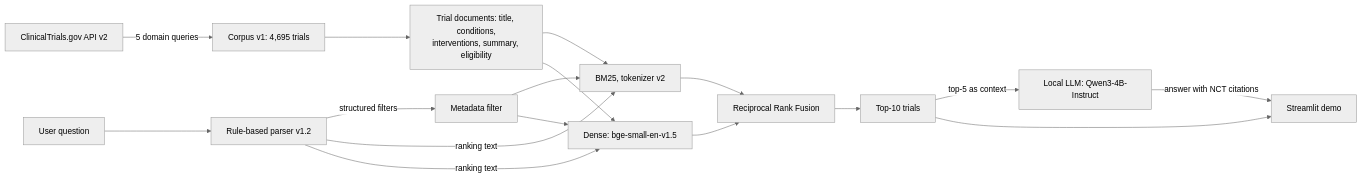
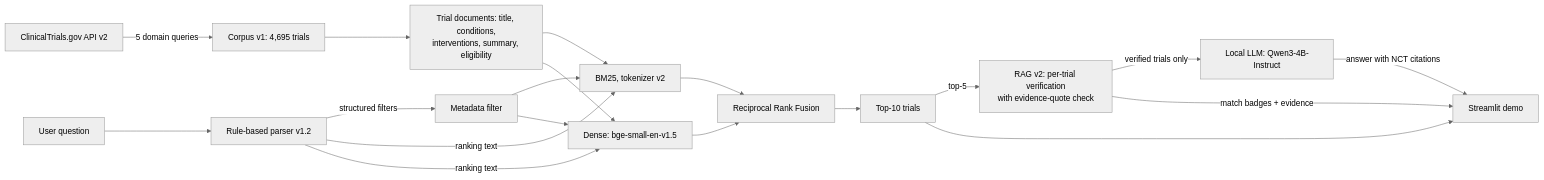
One commit to Taiba24312/Clinical-Research-Intelligence changed the diagram in README.md. Above: the diagram before and after it, drawn with Mermaid (neutral theme). The commit also changed other lines of this file, not shown here.

First line of the commit message:
README: RAG v2, test-used-once note, known test failures as future work

````diff
--- a/README.md
+++ b/README.md
@@ -26,19 +28,21 @@
 ```mermaid
 flowchart LR
     A[ClinicalTrials.gov API v2] -->|5 domain queries| B[Corpus v1: 4,695 trials]
     B --> C[Trial documents: title, conditions,<br/>interventions, summary, eligibility]
     Q[User question] --> P[Rule-based parser v1.2]
     P -->|structured filters| F[Metadata filter]
     P -->|ranking text| R1[BM25, tokenizer v2]
     P -->|ranking text| R2[Dense: bge-small-en-v1.5]
     C --> R1
     C --> R2
     F --> R1
     F --> R2
     R1 --> H[Reciprocal Rank Fusion]
     R2 --> H
     H --> T[Top-10 trials]
-    T -->|top-5 as context| L[Local LLM: Qwen3-4B-Instruct]
+    T -->|top-5| V[RAG v2: per-trial verification<br/>with evidence-quote check]
+    V -->|verified trials only| L[Local LLM: Qwen3-4B-Instruct]
     T --> UI[Streamlit demo]
+    V -->|match badges + evidence| UI
     L -->|answer with NCT citations| UI
 ```
````
